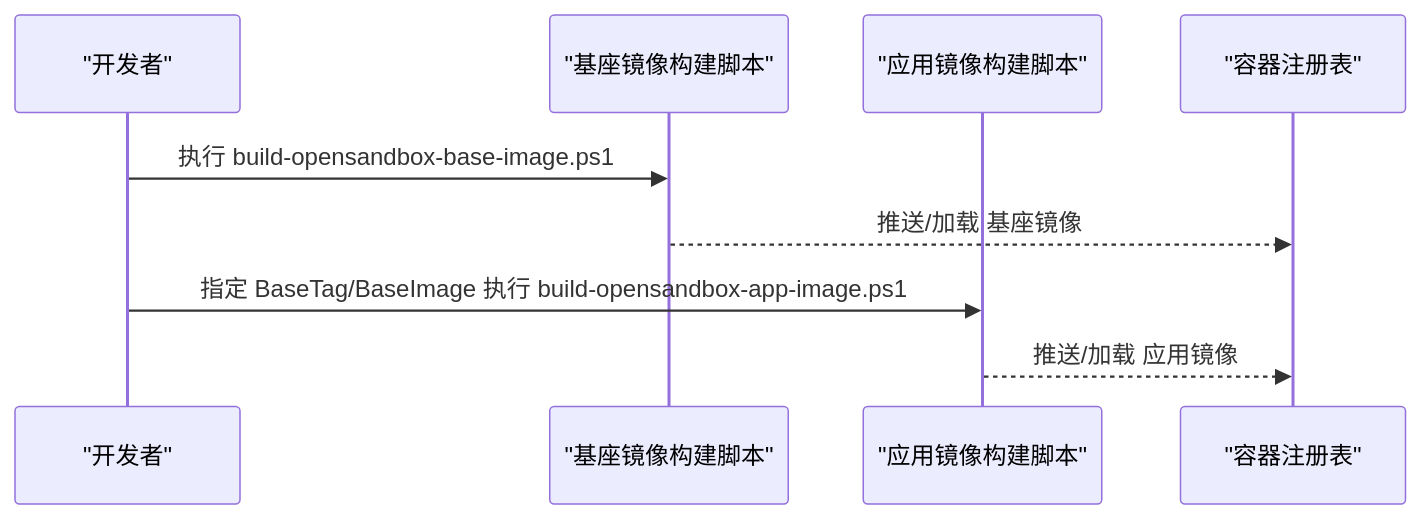
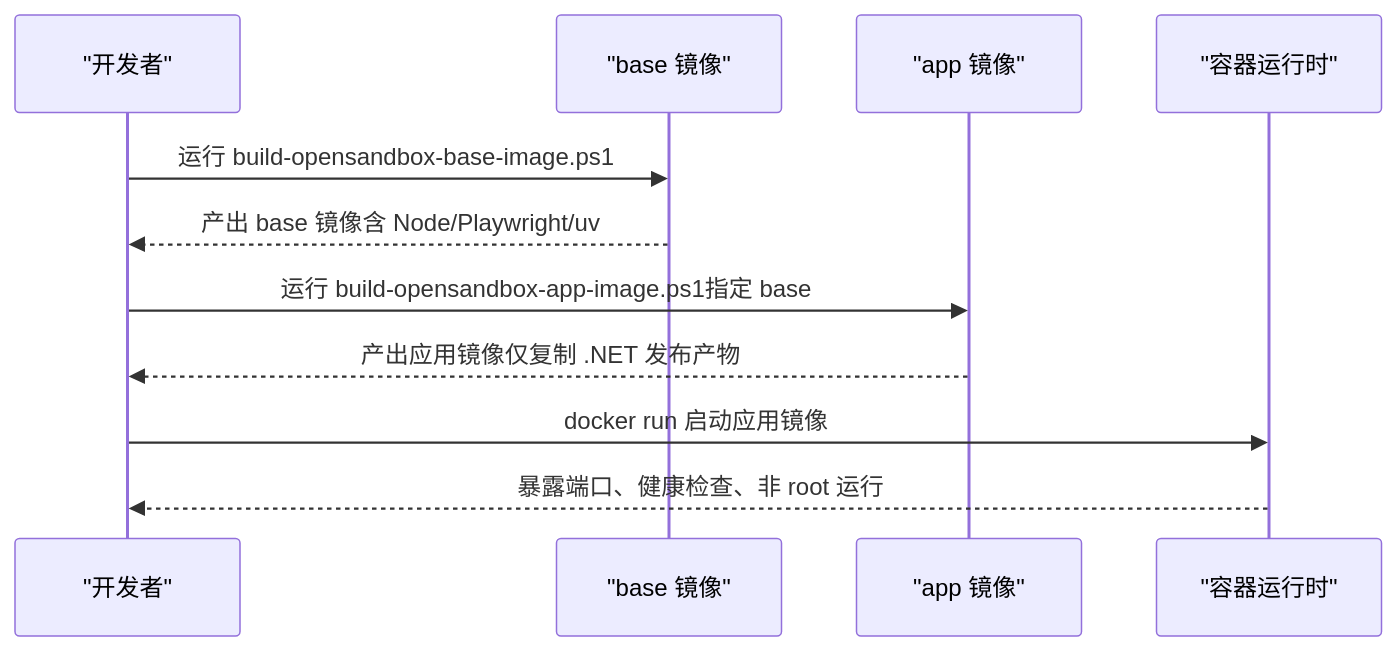
The fourth of 6 diagrams in .qoder/repowiki/zh/content/部署指南/Docker 部署.md (wayyet/kingcrab), drawn with Mermaid before and after one commit. The commit also changed other lines of this file and 173 other files, not shown here.

````diff
--- a/.qoder/repowiki/zh/content/部署指南/Docker 部署.md
+++ b/.qoder/repowiki/zh/content/部署指南/Docker 部署.md
@@ -185,11 +175,13 @@
 ```mermaid
 sequenceDiagram
 participant Dev as "开发者"
-participant Base as "基座镜像构建脚本"
-participant App as "应用镜像构建脚本"
-participant Reg as "容器注册表"
-Dev->>Base : 执行 build-opensandbox-base-image.ps1
-Base-->>Reg : 推送/加载 基座镜像
-Dev->>App : 指定 BaseTag/BaseImage 执行 build-opensandbox-app-image.ps1
-App-->>Reg : 推送/加载 应用镜像
+participant Base as "base 镜像"
+participant App as "app 镜像"
+participant Runtime as "容器运行时"
+Dev->>Base : 运行 build-opensandbox-base-image.ps1
+Base-->>Dev : 产出 base 镜像含 Node/Playwright/uv
+Dev->>App : 运行 build-opensandbox-app-image.ps1指定 base
+App-->>Dev : 产出应用镜像仅复制 .NET 发布产物
+Dev->>Runtime : docker run 启动应用镜像
+Runtime-->>Dev : 暴露端口、健康检查、非 root 运行
 ```
````
